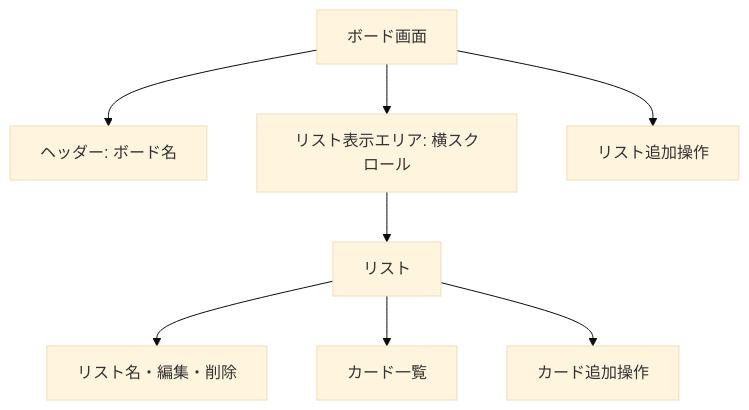
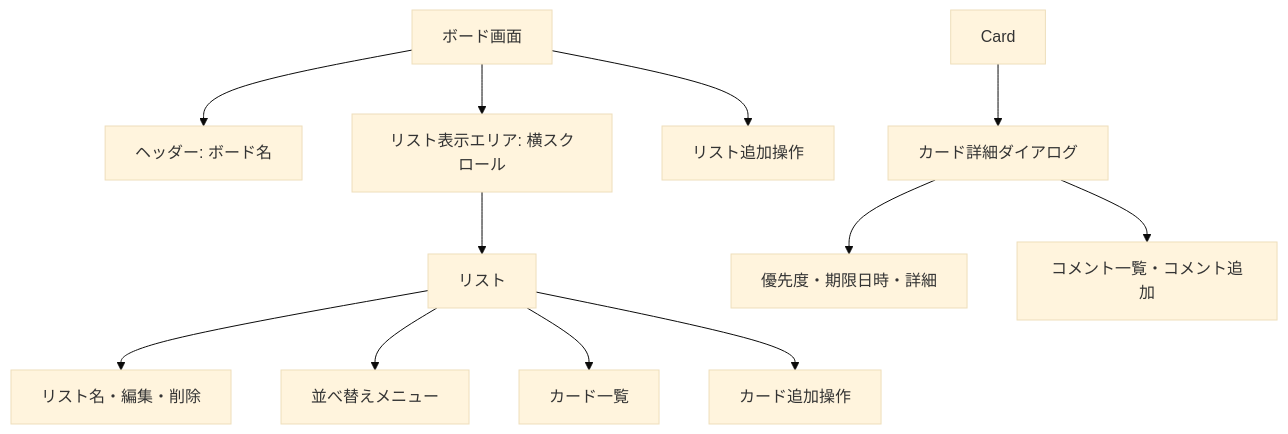
One commit to kasisu/taskapp changed the second of 2 diagrams in docs/screen-design.md. Above: the diagram before and after it, drawn with Mermaid (base theme). The commit also changed other lines of this file and 6 other files, not shown here.

````diff
--- a/docs/screen-design.md
+++ b/docs/screen-design.md
@@ -20,19 +23,27 @@
 ```mermaid
 flowchart TB
   Header[ヘッダー: ボード名]
   Board[ボード画面]
   Lists[リスト表示エリア: 横スクロール]
   AddList[リスト追加操作]
   List[リスト]
   ListHeader[リスト名・編集・削除]
+  Sort[並べ替えメニュー]
   Cards[カード一覧]
   AddCard[カード追加操作]
+  Detail[カード詳細ダイアログ]
+  Fields[優先度・期限日時・詳細]
+  Comments[コメント一覧・コメント追加]
 
   Board --> Header
   Board --> Lists
   Board --> AddList
   Lists --> List
   List --> ListHeader
+  List --> Sort
   List --> Cards
   List --> AddCard
+  Card --> Detail
+  Detail --> Fields
+  Detail --> Comments
 ```
````
